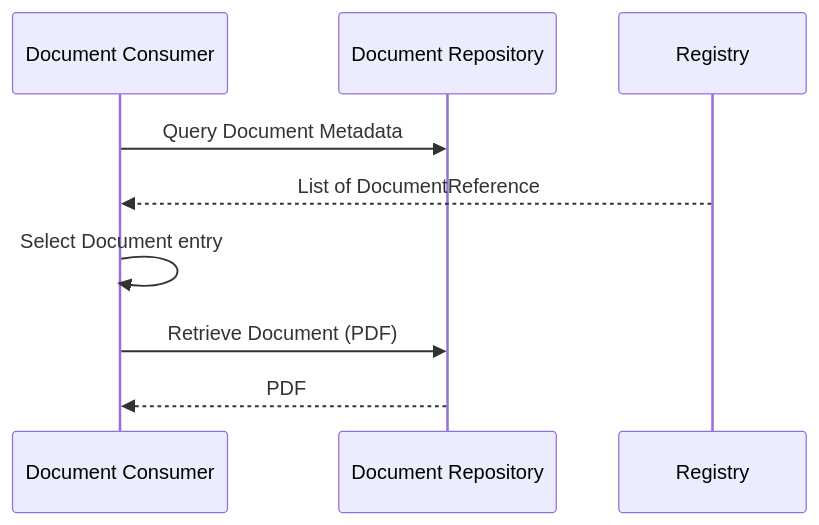
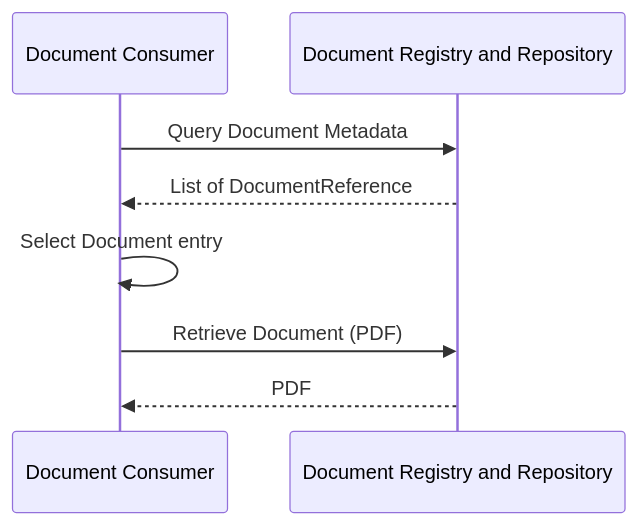
One commit to uk-gov-mirror/nw-gmsa.nw-gmsa.github.com changed the first of 6 diagrams in input/pagecontent/report-options.md. Above: the diagram before and after it, drawn with Mermaid.

Commit message:
Report options

````diff
--- a/input/pagecontent/report-options.md
+++ b/input/pagecontent/report-options.md
@@ -9,11 +9,11 @@
 ```mermaid
 sequenceDiagram
     participant Consumer As Document Consumer
-    participant Repository As Document Repository
+    participant Repository As Document Registry and Repository
 
     Consumer ->> Repository: Query Document Metadata
-    Registry -->> Consumer: List of DocumentReference
+    Repository -->> Consumer: List of DocumentReference
     Consumer ->> Consumer: Select Document entry
     Consumer ->> Repository: Retrieve Document (PDF)
     Repository -->> Consumer: PDF
 ```
````
